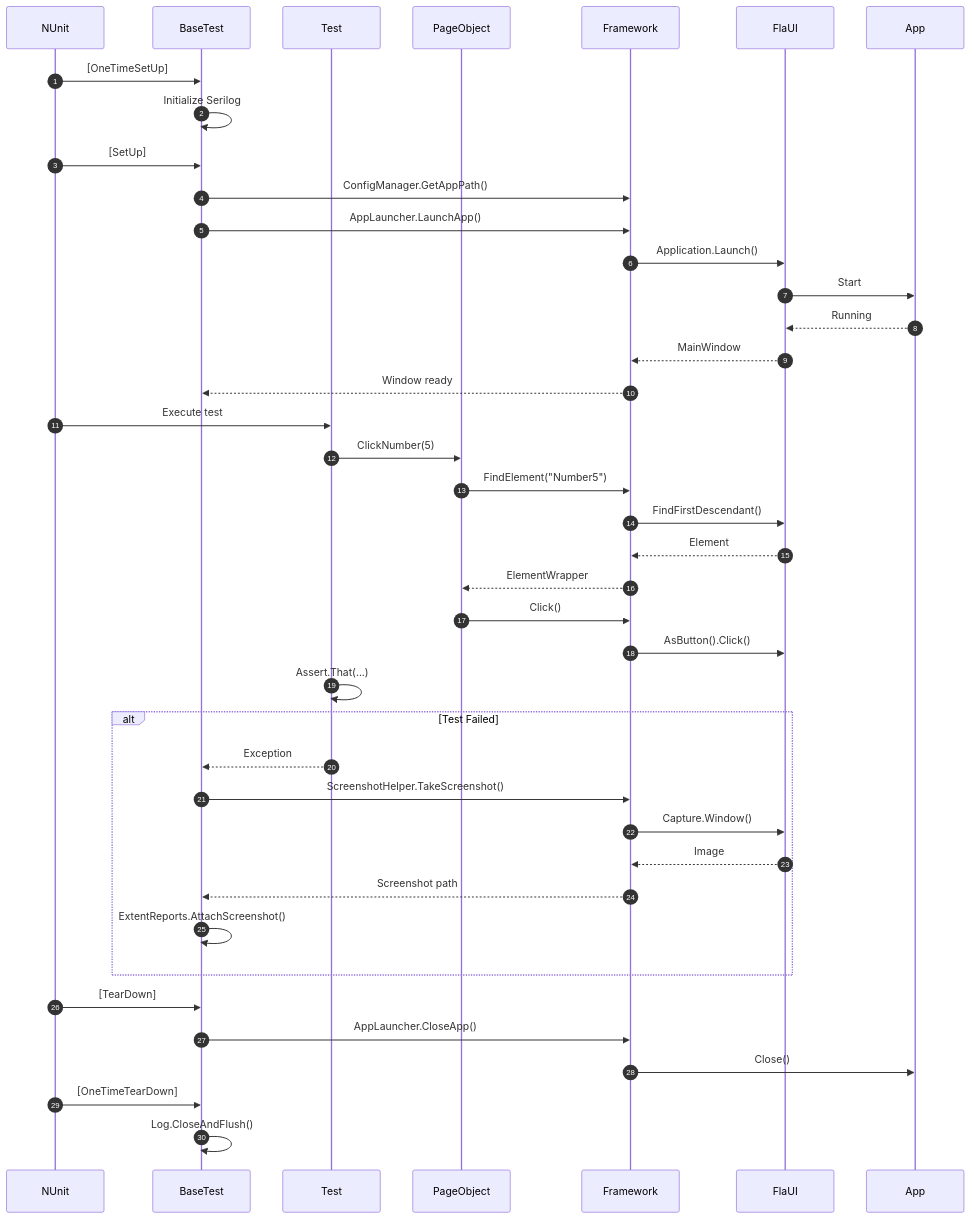
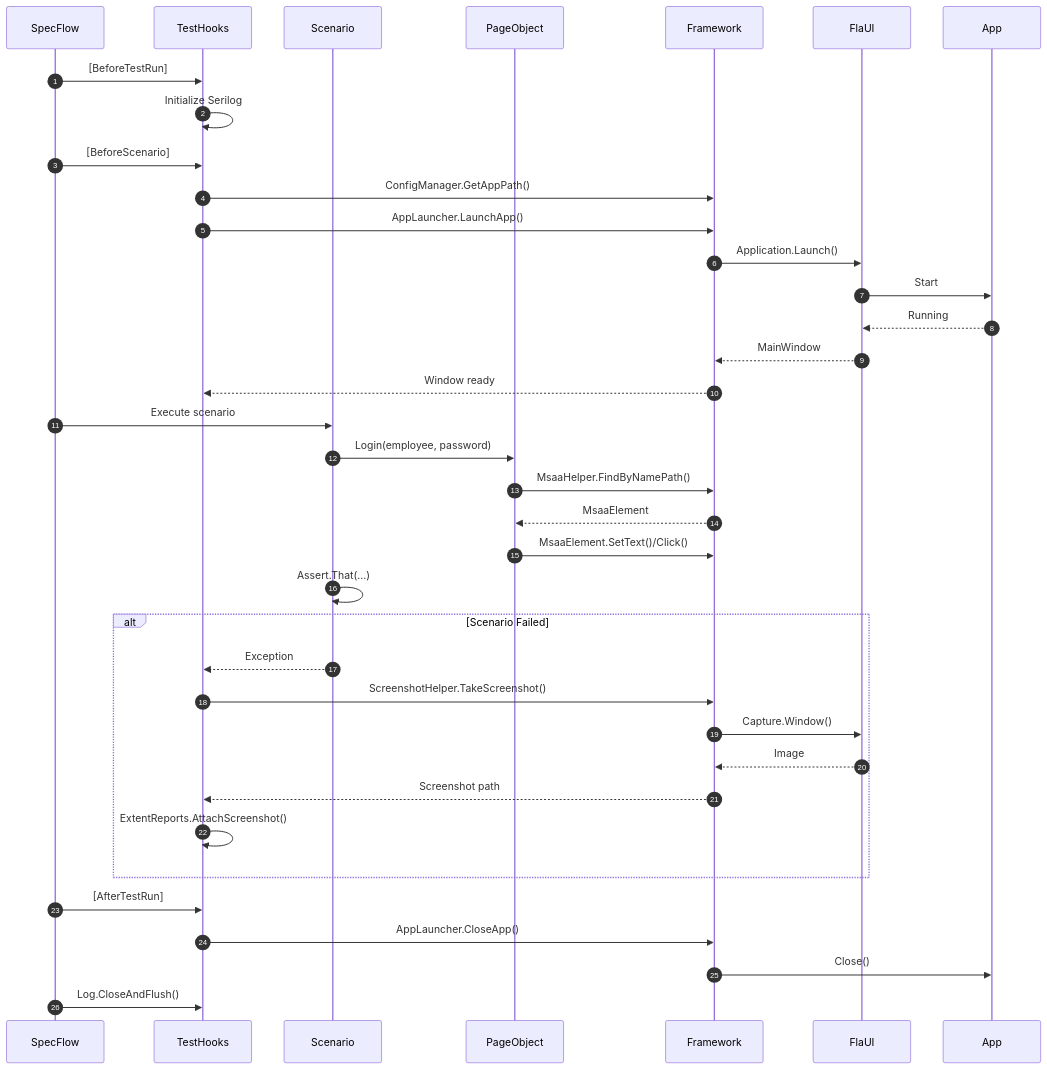
One commit to Akradeveloper/Hipos changed the sixth of 6 diagrams in website/docs/architecture.md. Above: the diagram before and after it, drawn with Mermaid. The commit also changed other lines of this file and 15 other files, not shown here.

First line of the commit message:
Refactor ConfigManager and remove unused classes to streamline the codebase

````diff
--- a/website/docs/architecture.md
+++ b/website/docs/architecture.md
@@ -344,50 +302,46 @@
 ```mermaid
 sequenceDiagram
     autonumber
-    participant NUnit
-    participant BaseTest
-    participant Test
+    participant SpecFlow
+    participant TestHooks
+    participant Scenario
     participant PageObject
     participant Framework
     participant FlaUI
     participant App
     
-    NUnit->>BaseTest: [OneTimeSetUp]
-    BaseTest->>BaseTest: Initialize Serilog
+    SpecFlow->>TestHooks: [BeforeTestRun]
+    TestHooks->>TestHooks: Initialize Serilog
     
-    NUnit->>BaseTest: [SetUp]
-    BaseTest->>Framework: ConfigManager.GetAppPath()
-    BaseTest->>Framework: AppLauncher.LaunchApp()
+    SpecFlow->>TestHooks: [BeforeScenario]
+    TestHooks->>Framework: ConfigManager.GetAppPath()
+    TestHooks->>Framework: AppLauncher.LaunchApp()
     Framework->>FlaUI: Application.Launch()
     FlaUI->>App: Start
     App-->>FlaUI: Running
     FlaUI-->>Framework: MainWindow
-    Framework-->>BaseTest: Window ready
+    Framework-->>TestHooks: Window ready
     
-    NUnit->>Test: Execute test
-    Test->>PageObject: ClickNumber(5)
-    PageObject->>Framework: FindElement("Number5")
-    Framework->>FlaUI: FindFirstDescendant()
-    FlaUI-->>Framework: Element
-    Framework-->>PageObject: ElementWrapper
-    PageObject->>Framework: Click()
-    Framework->>FlaUI: AsButton().Click()
+    SpecFlow->>Scenario: Execute scenario
+    Scenario->>PageObject: Login(employee, password)
+    PageObject->>Framework: MsaaHelper.FindByNamePath()
+    Framework-->>PageObject: MsaaElement
+    PageObject->>Framework: MsaaElement.SetText()/Click()
     
-    Test->>Test: Assert.That(...)
+    Scenario->>Scenario: Assert.That(...)
     
-    alt Test Failed
-        Test-->>BaseTest: Exception
-        BaseTest->>Framework: ScreenshotHelper.TakeScreenshot()
+    alt Scenario Failed
+        Scenario-->>TestHooks: Exception
+        TestHooks->>Framework: ScreenshotHelper.TakeScreenshot()
         Framework->>FlaUI: Capture.Window()
         FlaUI-->>Framework: Image
-        Framework-->>BaseTest: Screenshot path
-        BaseTest->>BaseTest: ExtentReports.AttachScreenshot()
+        Framework-->>TestHooks: Screenshot path
+        TestHooks->>TestHooks: ExtentReports.AttachScreenshot()
     end
     
-    NUnit->>BaseTest: [TearDown]
-    BaseTest->>Framework: AppLauncher.CloseApp()
+    SpecFlow->>TestHooks: [AfterTestRun]
+    TestHooks->>Framework: AppLauncher.CloseApp()
     Framework->>App: Close()
     
-    NUnit->>BaseTest: [OneTimeTearDown]
-    BaseTest->>BaseTest: Log.CloseAndFlush()
+    SpecFlow->>TestHooks: Log.CloseAndFlush()
 ```
````
